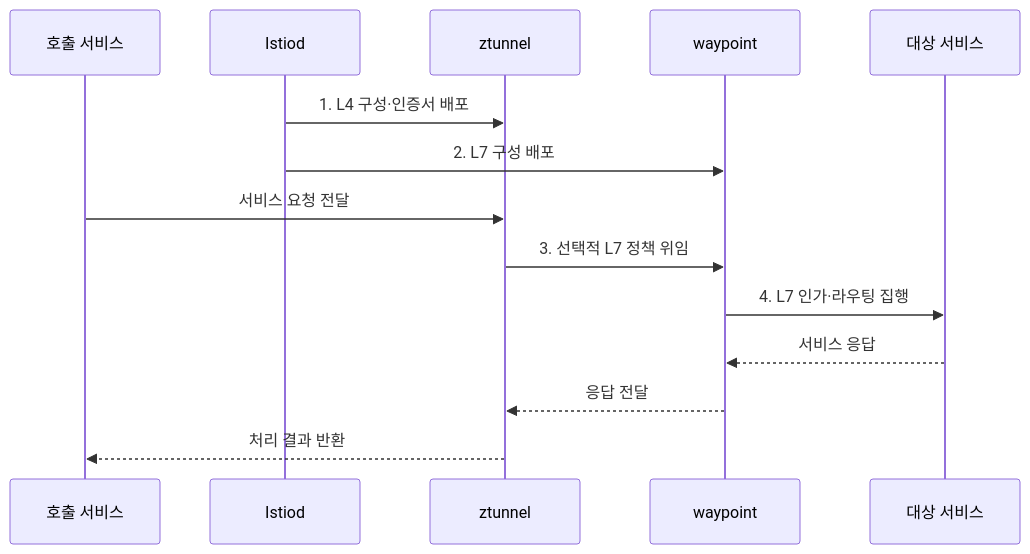
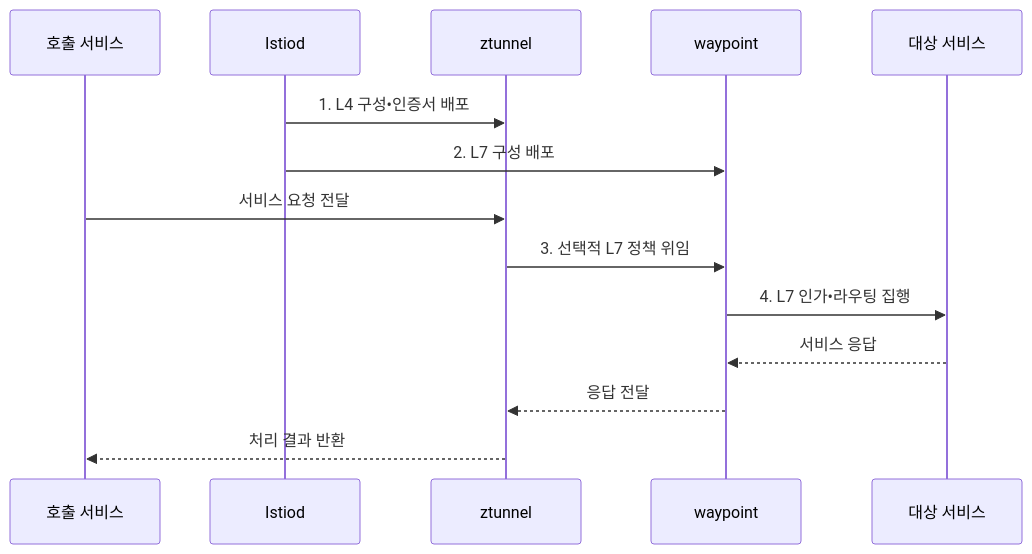
Before and after one commit to agnusdei1207/knowledge-base: the second of 2 diagrams in src/content/docs/notes/08-latest-tech/163_istio.md, drawn with Mermaid. The commit also changed other lines of this file and 953 other files, not shown here.

````diff
--- a/src/content/docs/notes/08-latest-tech/163_istio.md
+++ b/src/content/docs/notes/08-latest-tech/163_istio.md
@@ -104,16 +104,16 @@
 ```mermaid
 sequenceDiagram
   participant C as 호출 서비스
   participant I as Istiod
   participant Z as ztunnel
   participant W as waypoint
   participant T as 대상 서비스
-  I->>Z: 1. L4 구성·인증서 배포
+  I->>Z: 1. L4 구성•인증서 배포
   I->>W: 2. L7 구성 배포
   C->>Z: 서비스 요청 전달
   Z->>W: 3. 선택적 L7 정책 위임
-  W->>T: 4. L7 인가·라우팅 집행
+  W->>T: 4. L7 인가•라우팅 집행
   T-->>W: 서비스 응답
   W-->>Z: 응답 전달
   Z-->>C: 처리 결과 반환
 ```
````
